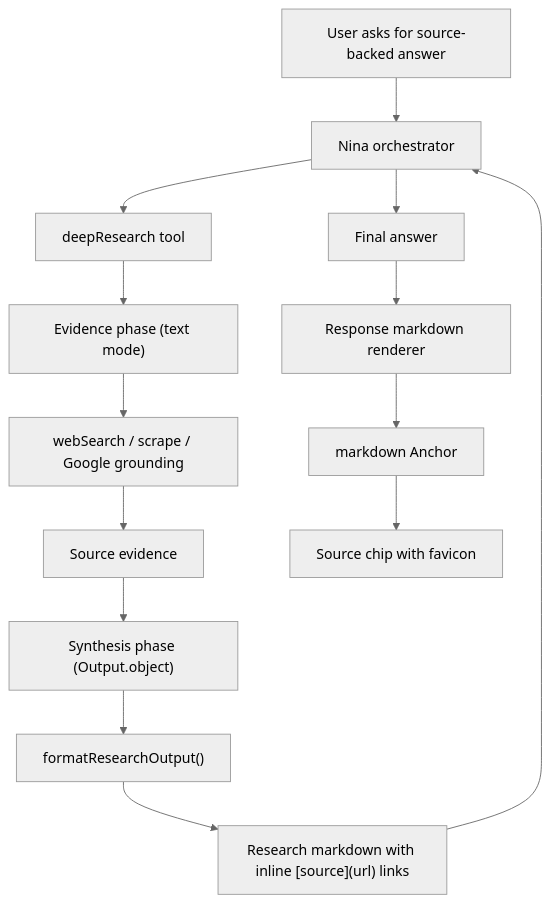
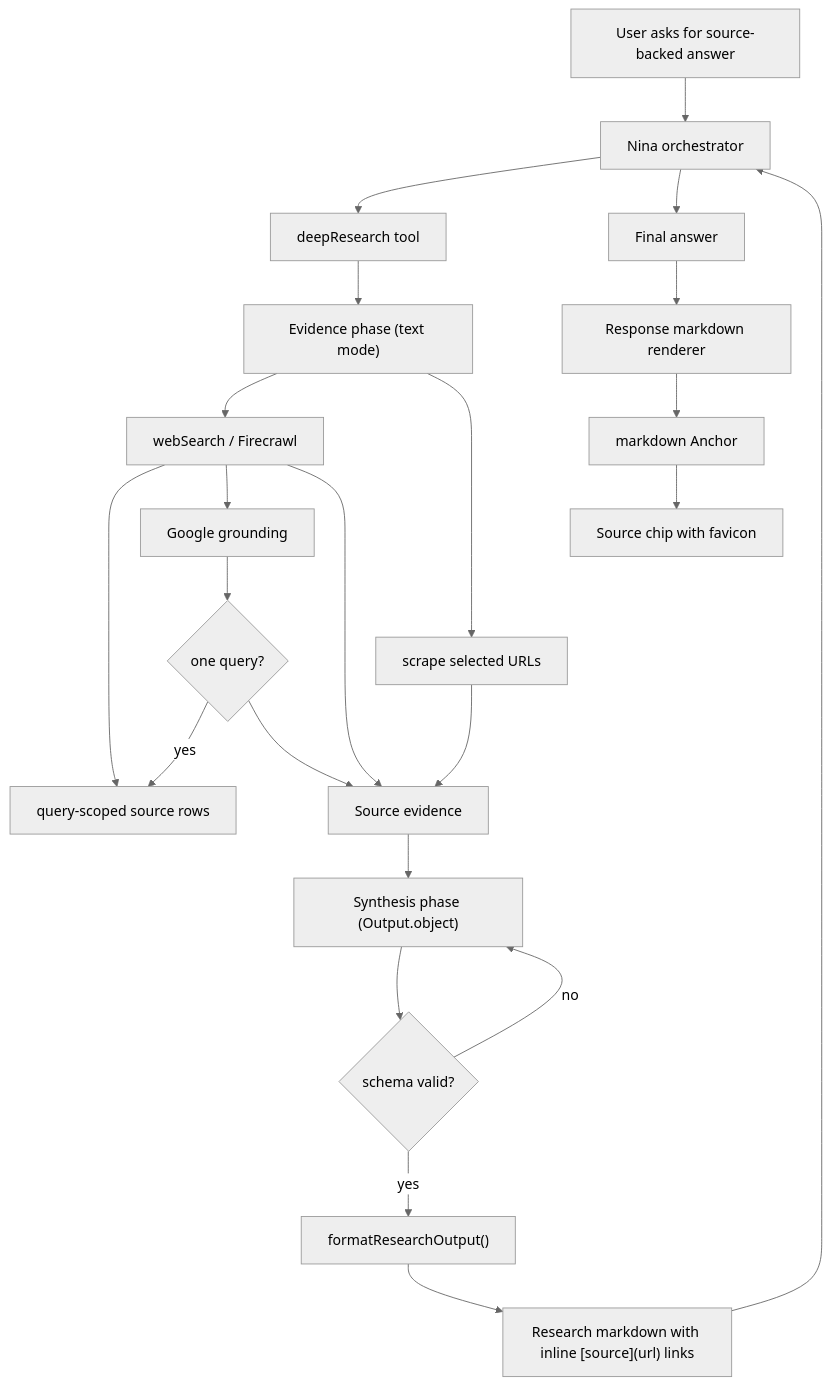
Before and after one commit to nakafaai/nakafa.com: the first of 2 diagrams in packages/ai/agents/docs/research-citations.md, drawn with Mermaid (neutral theme). The commit also changed other lines of this file and 23 other files, not shown here.

Commit message:
Refine research search rendering

````diff
--- a/packages/ai/agents/docs/research-citations.md
+++ b/packages/ai/agents/docs/research-citations.md
@@ -13,16 +18,25 @@
 ```mermaid
 flowchart TD
   User["User asks for source-backed answer"] --> Orchestrator["Nina orchestrator"]
   Orchestrator --> Research["deepResearch tool"]
   Research --> Evidence["Evidence phase (text mode)"]
-  Evidence --> WebSearch["webSearch / scrape / Google grounding"]
-  WebSearch --> Sources["Source evidence"]
+  Evidence --> Firecrawl["webSearch / Firecrawl"]
+  Firecrawl --> SearchUI["query-scoped source rows"]
+  Firecrawl --> Google["Google grounding"]
+  Google --> GroundingGate{"one query?"}
+  GroundingGate -->|yes| SearchUI
+  Firecrawl --> Sources["Source evidence"]
+  GroundingGate --> Sources
+  Evidence --> Scrape["scrape selected URLs"]
+  Scrape --> Sources
   Sources --> Synthesis["Synthesis phase (Output.object)"]
-  Synthesis --> Render["formatResearchOutput()"]
+  Synthesis --> Retry{"schema valid?"}
+  Retry -->|no| Synthesis
+  Retry -->|yes| Render["formatResearchOutput()"]
   Render --> Linked["Research markdown with inline [source](url) links"]
   Linked --> Orchestrator
   Orchestrator --> Final["Final answer"]
   Final --> Response["Response markdown renderer"]
   Response --> Anchor["markdown Anchor"]
   Anchor --> Source["Source chip with favicon"]
 ```
````
